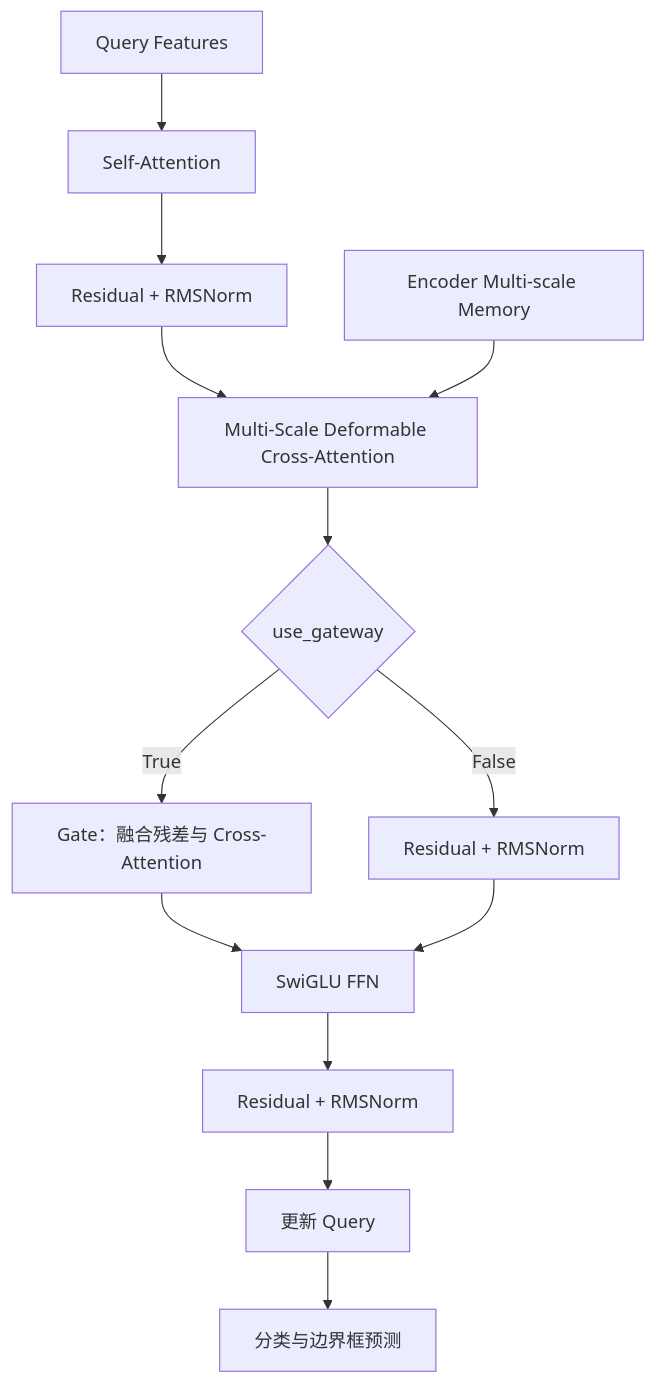
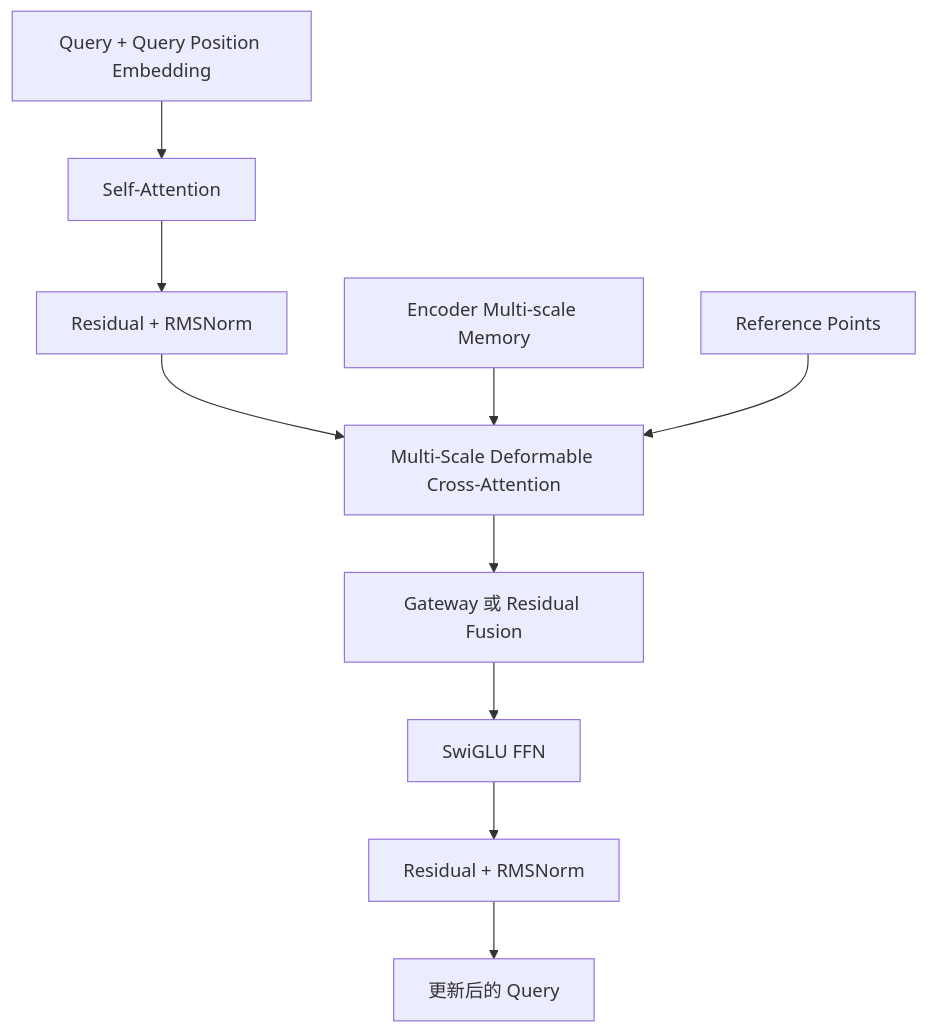
Before and after one commit to zhanghuiwan/knowledge-base: the fourth of 6 diagrams in website/articles/deimv2/index.md, drawn with Mermaid. The commit also changed other lines of this file, not shown here.

```diff
--- a/website/articles/deimv2/index.md
+++ b/website/articles/deimv2/index.md
@@ -689,15 +544,12 @@
 ~~~mermaid
 flowchart TD
-    A["Query Features"] --> B["Self-Attention"]
+    A["Query + Query Position Embedding"] --> B["Self-Attention"]
     B --> C["Residual + RMSNorm"]
     C --> D["Multi-Scale Deformable Cross-Attention"]
     E["Encoder Multi-scale Memory"] --> D
-    D --> F{"use_gateway"}
-    F -->|"True"| G["Gate：融合残差与 Cross-Attention"]
-    F -->|"False"| H["Residual + RMSNorm"]
-    G --> I["SwiGLU FFN"]
-    H --> I
-    I --> J["Residual + RMSNorm"]
-    J --> K["更新 Query"]
-    K --> L["分类与边界框预测"]
+    F["Reference Points"] --> D
+    D --> G["Gateway 或 Residual Fusion"]
+    G --> H["SwiGLU FFN"]
+    H --> I["Residual + RMSNorm"]
+    I --> J["更新后的 Query"]
 ~~~
```
